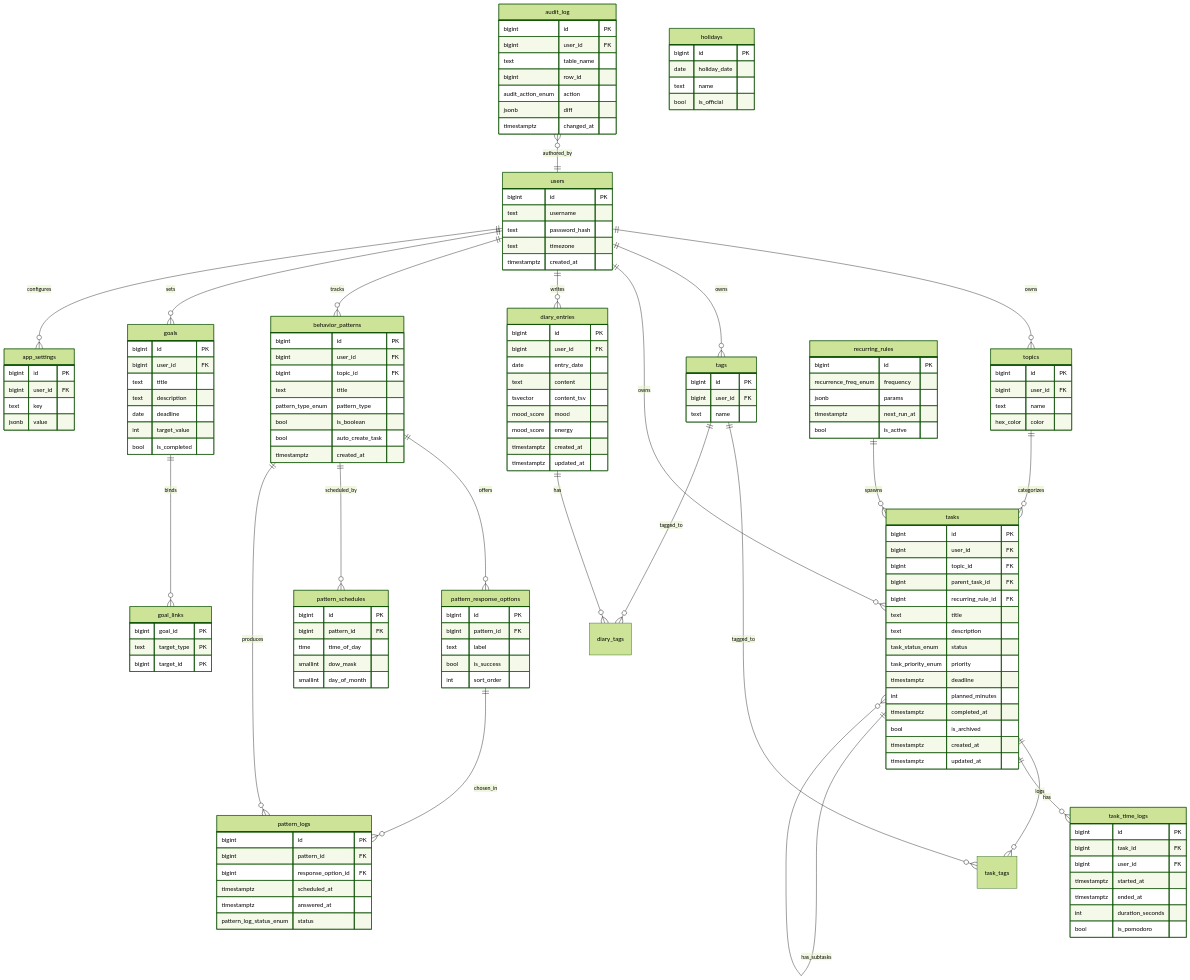
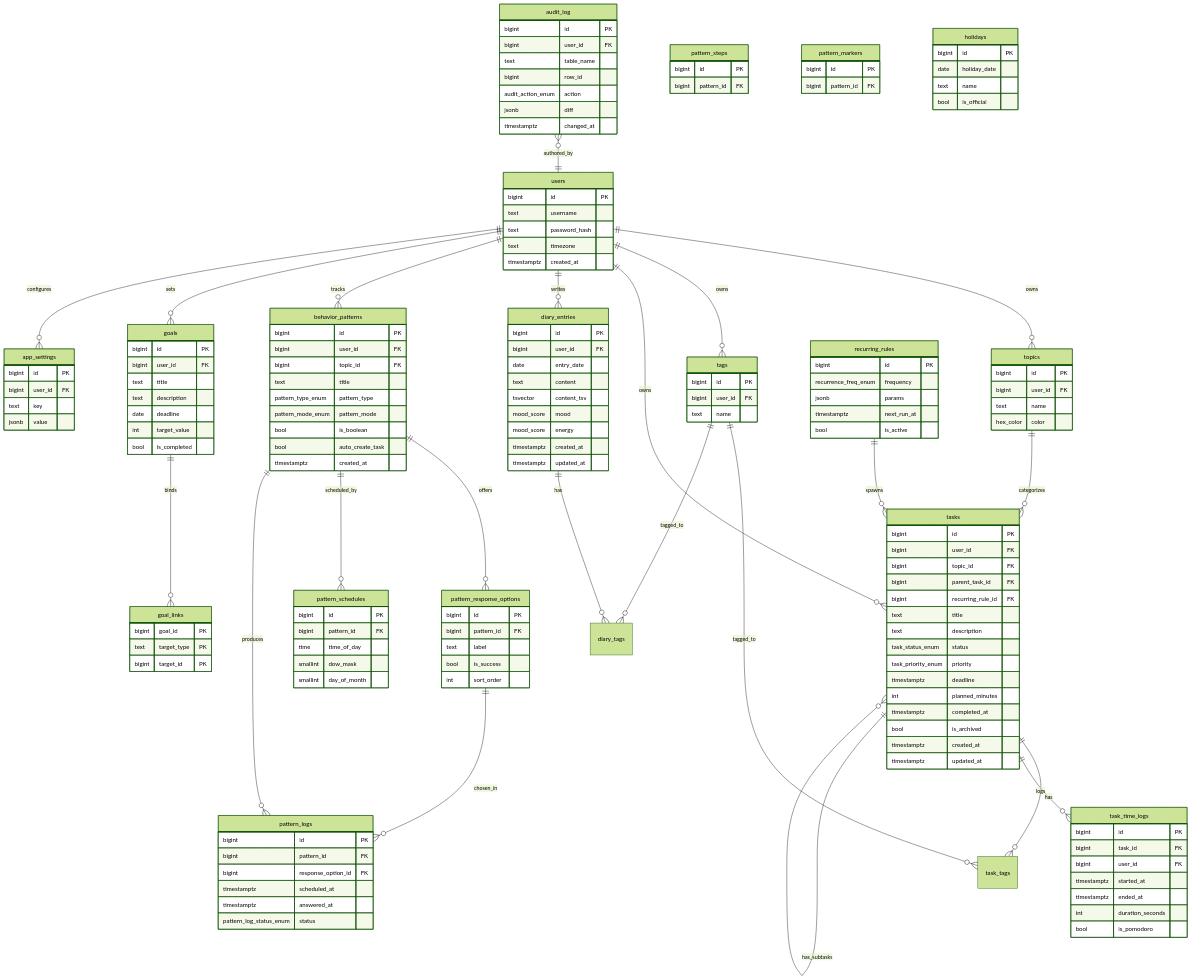
Before and after one commit to murk13hack/bd_curs: the second of 3 diagrams in ТЗ.md, drawn with Mermaid (forest theme). The commit also changed other lines of this file, not shown here.

First line of the commit message:
docs: align TZ.md with actual DB schema and API

```diff
--- a/ТЗ.md
+++ b/ТЗ.md
@@ -1036,9 +1074,18 @@
         bigint topic_id FK
         text title
         pattern_type_enum pattern_type
+        pattern_mode_enum pattern_mode
         bool is_boolean
         bool auto_create_task
         timestamptz created_at
+    }
+    pattern_steps {
+        bigint id PK
+        bigint pattern_id FK
+    }
+    pattern_markers {
+        bigint id PK
+        bigint pattern_id FK
     }
     pattern_response_options {
         bigint id PK
```
